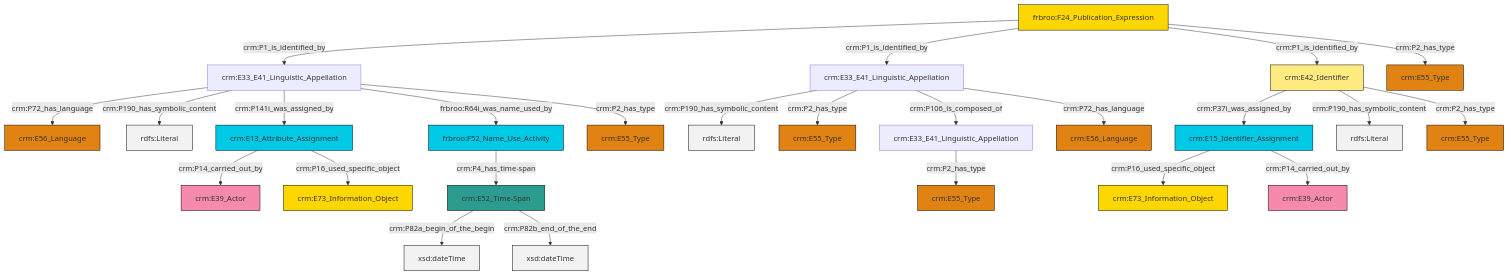
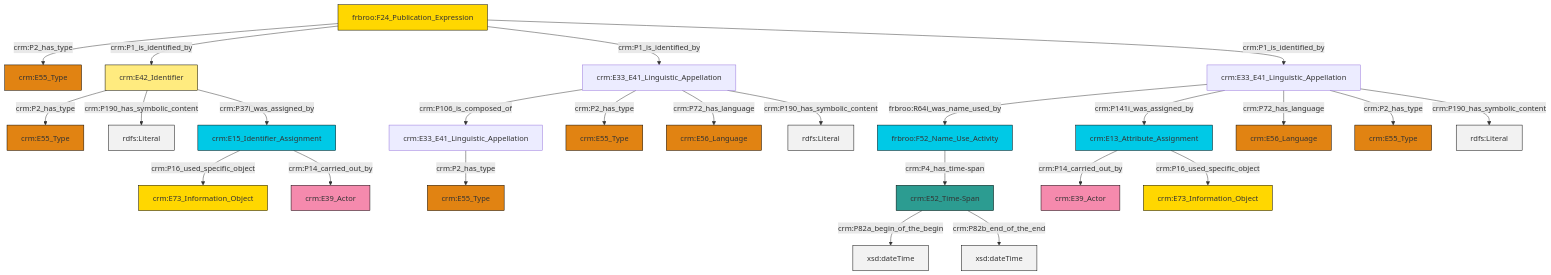
Before and after one commit to swiss-art-research-net/docs.swissartresearch: the diagram in et/biblioCSV/ttl/mmd/biblio_name.ttl.mmd, drawn with Mermaid. The commit also changed 177 other files, not shown here.

```diff
--- a/et/biblioCSV/ttl/mmd/biblio_name.ttl.mmd
+++ b/et/biblioCSV/ttl/mmd/biblio_name.ttl.mmd
@@ -1,39 +1,39 @@
 graph TD
 classDef Literal fill:#f2f2f2,stroke:#000000;
 classDef CRM_Entity fill:#FFFFFF,stroke:#000000;
 classDef Temporal_Entity fill:#00C9E6, stroke:#000000;
 classDef Type fill:#E18312, stroke:#000000;
 classDef Time-Span fill:#2C9C91, stroke:#000000;
 classDef Appellation fill:#FFEB7F, stroke:#000000;
 classDef Place fill:#008836, stroke:#000000;
 classDef Persistent_Item fill:#B266B2, stroke:#000000;
 classDef Conceptual_Object fill:#FFD700, stroke:#000000;
 classDef Physical_Thing fill:#D2B48C, stroke:#000000;
 classDef Actor fill:#f58aad, stroke:#000000;
 classDef PC_Classes fill:#4ce600, stroke:#000000;
 classDef Multi fill:#cccccc,stroke:#000000;
 
-0["crm:E33_E41_Linguistic_Appellation"]:::Default -->|crm:P190_has_symbolic_content| 1[rdfs:Literal]:::Literal
-0["crm:E33_E41_Linguistic_Appellation"]:::Default -->|crm:P2_has_type| 2["crm:E55_Type"]:::Type
-3["crm:E42_Identifier"]:::Appellation -->|crm:P37i_was_assigned_by| 4["crm:E15_Identifier_Assignment"]:::Temporal_Entity
-0["crm:E33_E41_Linguistic_Appellation"]:::Default -->|crm:P106_is_composed_of| 7["crm:E33_E41_Linguistic_Appellation"]:::Default
-13["frbroo:F24_Publication_Expression"]:::Conceptual_Object -->|crm:P1_is_identified_by| 14["crm:E33_E41_Linguistic_Appellation"]:::Default
-15["crm:E52_Time-Span"]:::Time-Span -->|crm:P82a_begin_of_the_begin| 16[xsd:dateTime]:::Literal
-0["crm:E33_E41_Linguistic_Appellation"]:::Default -->|crm:P72_has_language| 17["crm:E56_Language"]:::Type
-3["crm:E42_Identifier"]:::Appellation -->|crm:P190_has_symbolic_content| 23[rdfs:Literal]:::Literal
-24["crm:E13_Attribute_Assignment"]:::Temporal_Entity -->|crm:P14_carried_out_by| 25["crm:E39_Actor"]:::Actor
-13["frbroo:F24_Publication_Expression"]:::Conceptual_Object -->|crm:P1_is_identified_by| 0["crm:E33_E41_Linguistic_Appellation"]:::Default
-21["frbroo:F52_Name_Use_Activity"]:::Temporal_Entity -->|crm:P4_has_time-span| 15["crm:E52_Time-Span"]:::Time-Span
-15["crm:E52_Time-Span"]:::Time-Span -->|crm:P82b_end_of_the_end| 28[xsd:dateTime]:::Literal
-14["crm:E33_E41_Linguistic_Appellation"]:::Default -->|crm:P72_has_language| 10["crm:E56_Language"]:::Type
-13["frbroo:F24_Publication_Expression"]:::Conceptual_Object -->|crm:P1_is_identified_by| 3["crm:E42_Identifier"]:::Appellation
-4["crm:E15_Identifier_Assignment"]:::Temporal_Entity -->|crm:P16_used_specific_object| 31["crm:E73_Information_Object"]:::Conceptual_Object
-3["crm:E42_Identifier"]:::Appellation -->|crm:P2_has_type| 26["crm:E55_Type"]:::Type
-7["crm:E33_E41_Linguistic_Appellation"]:::Default -->|crm:P2_has_type| 39["crm:E55_Type"]:::Type
-14["crm:E33_E41_Linguistic_Appellation"]:::Default -->|crm:P190_has_symbolic_content| 41[rdfs:Literal]:::Literal
-14["crm:E33_E41_Linguistic_Appellation"]:::Default -->|crm:P141i_was_assigned_by| 24["crm:E13_Attribute_Assignment"]:::Temporal_Entity
-14["crm:E33_E41_Linguistic_Appellation"]:::Default -->|frbroo:R64i_was_name_used_by| 21["frbroo:F52_Name_Use_Activity"]:::Temporal_Entity
-14["crm:E33_E41_Linguistic_Appellation"]:::Default -->|crm:P2_has_type| 8["crm:E55_Type"]:::Type
-13["frbroo:F24_Publication_Expression"]:::Conceptual_Object -->|crm:P2_has_type| 5["crm:E55_Type"]:::Type
-4["crm:E15_Identifier_Assignment"]:::Temporal_Entity -->|crm:P14_carried_out_by| 18["crm:E39_Actor"]:::Actor
-24["crm:E13_Attribute_Assignment"]:::Temporal_Entity -->|crm:P16_used_specific_object| 35["crm:E73_Information_Object"]:::Conceptual_Object
+8["frbroo:F52_Name_Use_Activity"]:::Temporal_Entity -->|crm:P4_has_time-span| 9["crm:E52_Time-Span"]:::Time-Span
+10["crm:E33_E41_Linguistic_Appellation"]:::Default -->|crm:P106_is_composed_of| 11["crm:E33_E41_Linguistic_Appellation"]:::Default
+12["frbroo:F24_Publication_Expression"]:::Conceptual_Object -->|crm:P2_has_type| 13["crm:E55_Type"]:::Type
+18["crm:E42_Identifier"]:::Appellation -->|crm:P2_has_type| 19["crm:E55_Type"]:::Type
+10["crm:E33_E41_Linguistic_Appellation"]:::Default -->|crm:P2_has_type| 20["crm:E55_Type"]:::Type
+21["crm:E13_Attribute_Assignment"]:::Temporal_Entity -->|crm:P14_carried_out_by| 15["crm:E39_Actor"]:::Actor
+4["crm:E15_Identifier_Assignment"]:::Temporal_Entity -->|crm:P16_used_specific_object| 22["crm:E73_Information_Object"]:::Conceptual_Object
+9["crm:E52_Time-Span"]:::Time-Span -->|crm:P82a_begin_of_the_begin| 25[xsd:dateTime]:::Literal
+6["crm:E33_E41_Linguistic_Appellation"]:::Default -->|frbroo:R64i_was_name_used_by| 8["frbroo:F52_Name_Use_Activity"]:::Temporal_Entity
+12["frbroo:F24_Publication_Expression"]:::Conceptual_Object -->|crm:P1_is_identified_by| 18["crm:E42_Identifier"]:::Appellation
+6["crm:E33_E41_Linguistic_Appellation"]:::Default -->|crm:P141i_was_assigned_by| 21["crm:E13_Attribute_Assignment"]:::Temporal_Entity
+18["crm:E42_Identifier"]:::Appellation -->|crm:P190_has_symbolic_content| 27[rdfs:Literal]:::Literal
+6["crm:E33_E41_Linguistic_Appellation"]:::Default -->|crm:P72_has_language| 0["crm:E56_Language"]:::Type
+12["frbroo:F24_Publication_Expression"]:::Conceptual_Object -->|crm:P1_is_identified_by| 10["crm:E33_E41_Linguistic_Appellation"]:::Default
+10["crm:E33_E41_Linguistic_Appellation"]:::Default -->|crm:P72_has_language| 30["crm:E56_Language"]:::Type
+6["crm:E33_E41_Linguistic_Appellation"]:::Default -->|crm:P2_has_type| 31["crm:E55_Type"]:::Type
+11["crm:E33_E41_Linguistic_Appellation"]:::Default -->|crm:P2_has_type| 23["crm:E55_Type"]:::Type
+21["crm:E13_Attribute_Assignment"]:::Temporal_Entity -->|crm:P16_used_specific_object| 2["crm:E73_Information_Object"]:::Conceptual_Object
+12["frbroo:F24_Publication_Expression"]:::Conceptual_Object -->|crm:P1_is_identified_by| 6["crm:E33_E41_Linguistic_Appellation"]:::Default
+18["crm:E42_Identifier"]:::Appellation -->|crm:P37i_was_assigned_by| 4["crm:E15_Identifier_Assignment"]:::Temporal_Entity
+4["crm:E15_Identifier_Assignment"]:::Temporal_Entity -->|crm:P14_carried_out_by| 37["crm:E39_Actor"]:::Actor
+6["crm:E33_E41_Linguistic_Appellation"]:::Default -->|crm:P190_has_symbolic_content| 40[rdfs:Literal]:::Literal
+9["crm:E52_Time-Span"]:::Time-Span -->|crm:P82b_end_of_the_end| 42[xsd:dateTime]:::Literal
+10["crm:E33_E41_Linguistic_Appellation"]:::Default -->|crm:P190_has_symbolic_content| 44[rdfs:Literal]:::Literal
```
